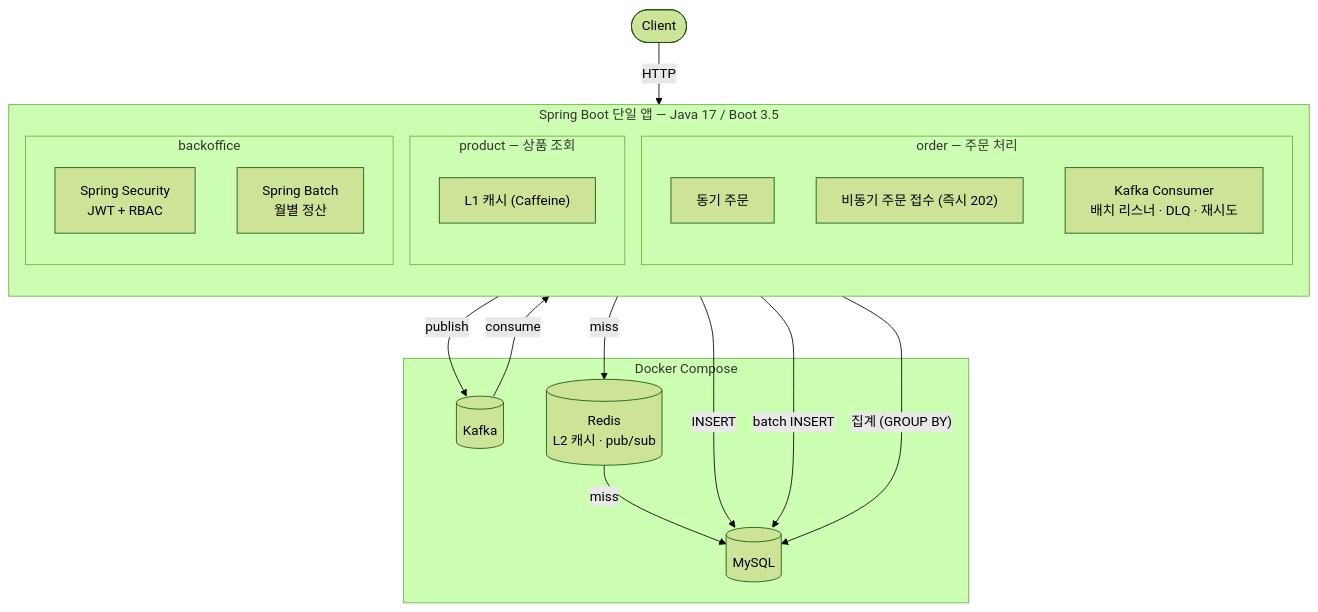
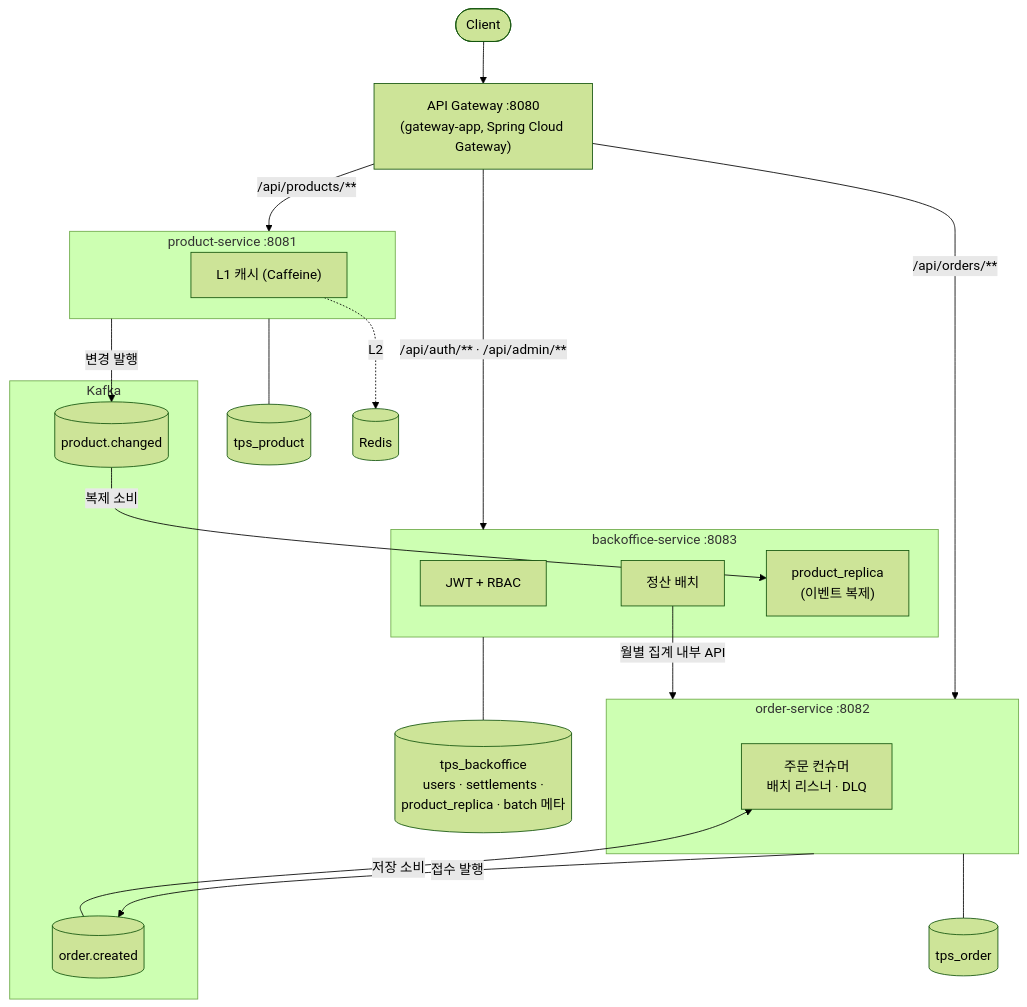
The diagram in README.md (JYPark-Code/event-driven-commerce), drawn with Mermaid (forest theme) before and after one commit. The commit also changed other lines of this file, not shown here.

````diff
--- a/README.md
+++ b/README.md
@@ -37,34 +62,38 @@
 ```mermaid
 flowchart TB
-    Client([Client]) -- HTTP --> App
+    Client([Client]) --> GW["API Gateway :8080<br/>(gateway-app, Spring Cloud Gateway)"]
 
-    subgraph App["Spring Boot 단일 앱 — Java 17 / Boot 3.5"]
-        direction TB
-        subgraph order["order — 주문 처리"]
-            SYNC["동기 주문"]
-            ASYNC["비동기 주문 접수 (즉시 202)"]
-            CONSUMER["Kafka Consumer<br/>배치 리스너 · DLQ · 재시도"]
-        end
-        subgraph product["product — 상품 조회"]
-            L1["L1 캐시 (Caffeine)"]
-        end
-        subgraph backoffice["backoffice"]
-            RBAC["Spring Security<br/>JWT + RBAC"]
-            BATCH["Spring Batch<br/>월별 정산"]
-        end
+    GW -- "/api/products/**" --> PS
+    GW -- "/api/orders/**" --> OS
+    GW -- "/api/auth/** · /api/admin/**" --> BS
+
+    subgraph PS["product-service :8081"]
+        PCACHE["L1 캐시 (Caffeine)"]
+    end
+    subgraph OS["order-service :8082"]
+        OCONS["주문 컨슈머<br/>배치 리스너 · DLQ"]
+    end
+    subgraph BS["backoffice-service :8083"]
+        RBAC["JWT + RBAC"]
+        BATCH["정산 배치"]
+        REPL["product_replica<br/>(이벤트 복제)"]
     end
 
-    subgraph Infra["Docker Compose"]
-        KAFKA[("Kafka")]
-        REDIS[("Redis<br/>L2 캐시 · pub/sub")]
-        MYSQL[("MySQL")]
+    subgraph MQ["Kafka"]
+        T1[("order.created")]
+        T2[("product.changed")]
     end
 
-    SYNC -- "INSERT" --> MYSQL
-    ASYNC -- "publish" --> KAFKA
-    KAFKA -- "consume" --> CONSUMER
-    CONSUMER -- "batch INSERT" --> MYSQL
-    L1 -- "miss" --> REDIS
-    REDIS -- "miss" --> MYSQL
-    BATCH -- "집계 (GROUP BY)" --> MYSQL
+    PS -- "변경 발행" --> T2
+    T2 -- "복제 소비" --> REPL
+    OS -- "접수 발행" --> T1
+    T1 -- "저장 소비" --> OCONS
+
+    PS --- PDB[("tps_product")]
+    OS --- ODB[("tps_order")]
+    BS --- BDB[("tps_backoffice<br/>users · settlements ·<br/>product_replica · batch 메타")]
+
+    PCACHE -. "L2" .-> REDIS[("Redis")]
+
+    BATCH -- "월별 집계 내부 API" --> OS
 ```
````
